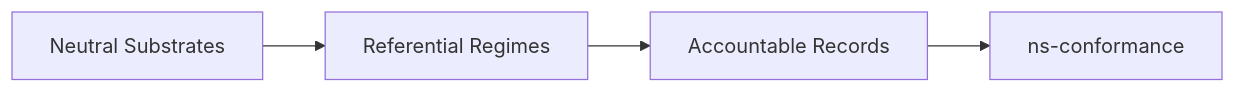
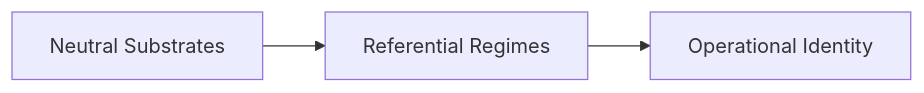
Before and after one commit to structural-explainability/.github: the diagram in profile/README.md, drawn with Mermaid. The commit also changed other lines of this file, not shown here.

````diff
--- a/profile/README.md
+++ b/profile/README.md
@@ -239,6 +206,5 @@
 ```mermaid
 flowchart LR
   NS[Neutral Substrates] --> RR[Referential Regimes]
-  RR --> AR[Accountable Records]
-  AR --> NC[ns-conformance]
+  RR --> OI[Operational Identity]
 ```
````
